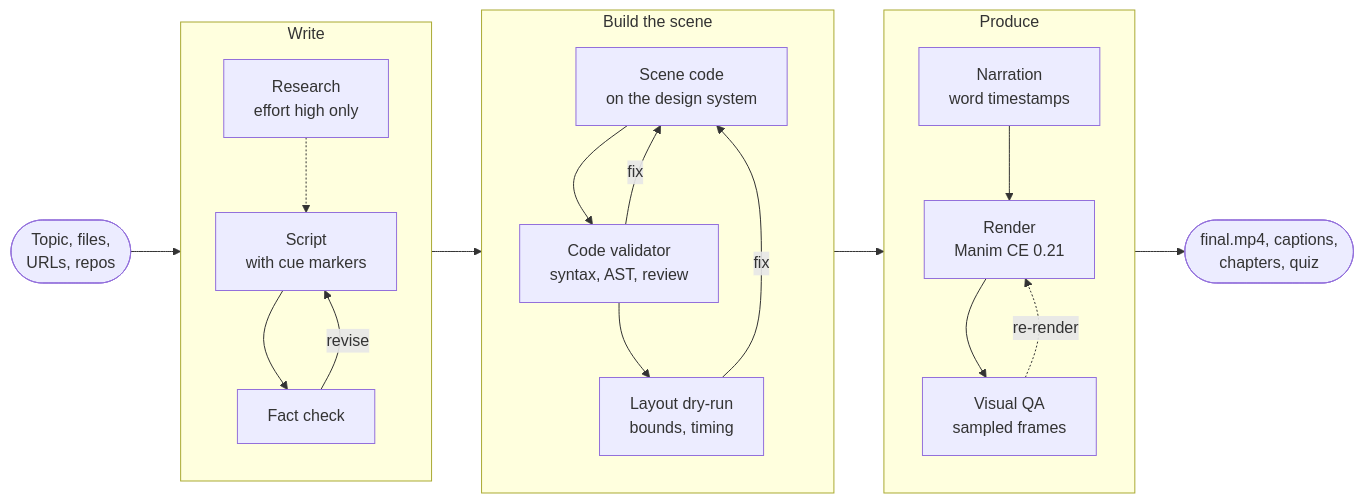
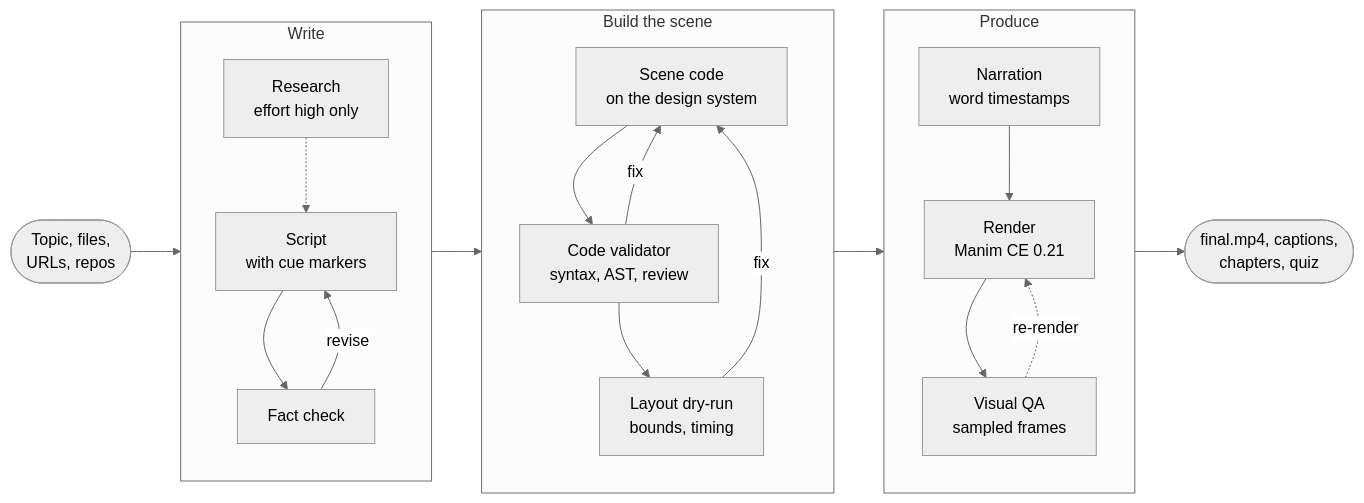
The diagram in README.md (nicglazkov/Chalkboard), drawn with Mermaid before and after one commit.

Commit message:
README: neutral mermaid theme so the diagram matches in light and dark
Claude-Session: https://claude.ai/code/session_01FAgx5rRQRh4q9pWAVaqH8H

````diff
--- a/README.md
+++ b/README.md
@@ -83,26 +83,27 @@
 ```mermaid
+%%{init: {'theme': 'neutral'}}%%
 flowchart LR
     IN([Topic, files,<br/>URLs, repos]) --> WRITE
     subgraph WRITE [Write]
         direction TB
         R[Research<br/>effort high only] -.-> S[Script<br/>with cue markers]
         S --> F[Fact check]
         F -- revise --> S
     end
     WRITE --> BUILD
     subgraph BUILD [Build the scene]
         direction TB
         M[Scene code<br/>on the design system] --> V[Code validator<br/>syntax, AST, review]
         V --> L[Layout dry-run<br/>bounds, timing]
         V -- fix --> M
         L -- fix --> M
     end
     BUILD --> MAKE
     subgraph MAKE [Produce]
         direction TB
         T[Narration<br/>word timestamps] --> RN[Render<br/>Manim CE 0.21]
         RN --> Q[Visual QA<br/>sampled frames]
         Q -. re-render .-> RN
     end
     MAKE --> OUT([final.mp4, captions,<br/>chapters, quiz])
 ```
````
